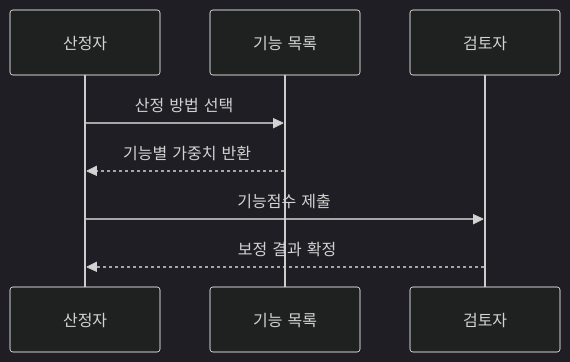
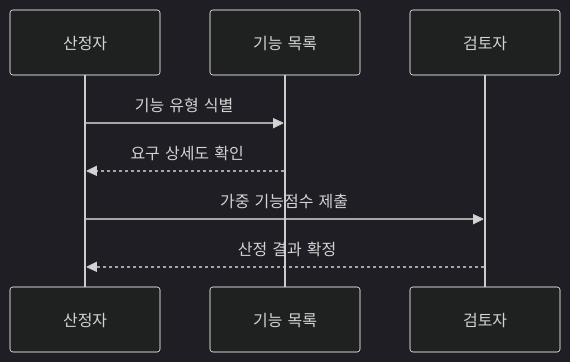
One commit to agnusdei1207/knowledge-base changed the second of 2 diagrams in src/content/docs/notes/03-software/074_fp_estimation_method.md. Above: the diagram before and after it, drawn with Mermaid (dark theme). The commit also changed other lines of this file and 7 other files, not shown here.

````diff
--- a/src/content/docs/notes/03-software/074_fp_estimation_method.md
+++ b/src/content/docs/notes/03-software/074_fp_estimation_method.md
@@ -77,10 +77,10 @@
 ```mermaid
 sequenceDiagram
     participant O as 산정자
     participant F as 기능 목록
     participant R as 검토자
-    O->>F: 산정 방법 선택
-    F-->>O: 기능별 가중치 반환
-    O->>R: 기능점수 제출
-    R-->>O: 보정 결과 확정
+    O->>F: 기능 유형 식별
+    F-->>O: 요구 상세도 확인
+    O->>R: 가중 기능점수 제출
+    R-->>O: 산정 결과 확정
 ```
````
